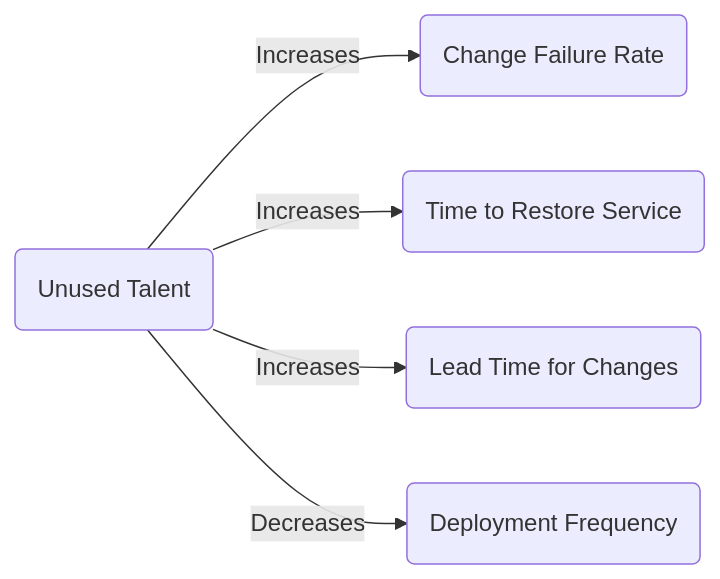
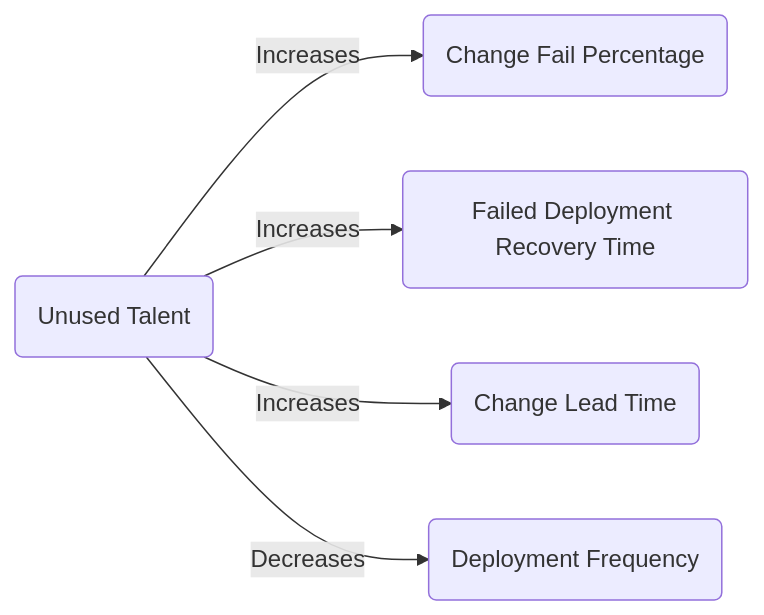
The eighth of 10 diagrams in docs/blog/posts/modern-software-delivery.md (matthew-shaw/matthew-shaw.github.io), drawn with Mermaid before and after one commit. The commit also changed other lines of this file, not shown here.

````diff
--- a/docs/blog/posts/modern-software-delivery.md
+++ b/docs/blog/posts/modern-software-delivery.md
@@ -212,8 +212,8 @@
 ```mermaid
 flowchart LR
     unused_talent(Unused Talent) -- Increases -->
-    CFR(Change Failure Rate)
-    unused_talent -- Increases --> TRS(Time to Restore Service)
-    unused_talent -- Increases --> LTC(Lead Time for Changes)
+    CFR(Change Fail Percentage)
+    unused_talent -- Increases --> TRS(Failed Deployment Recovery Time)
+    unused_talent -- Increases --> LTC(Change Lead Time)
     unused_talent -- Decreases --> DF(Deployment Frequency)
 ```
````
